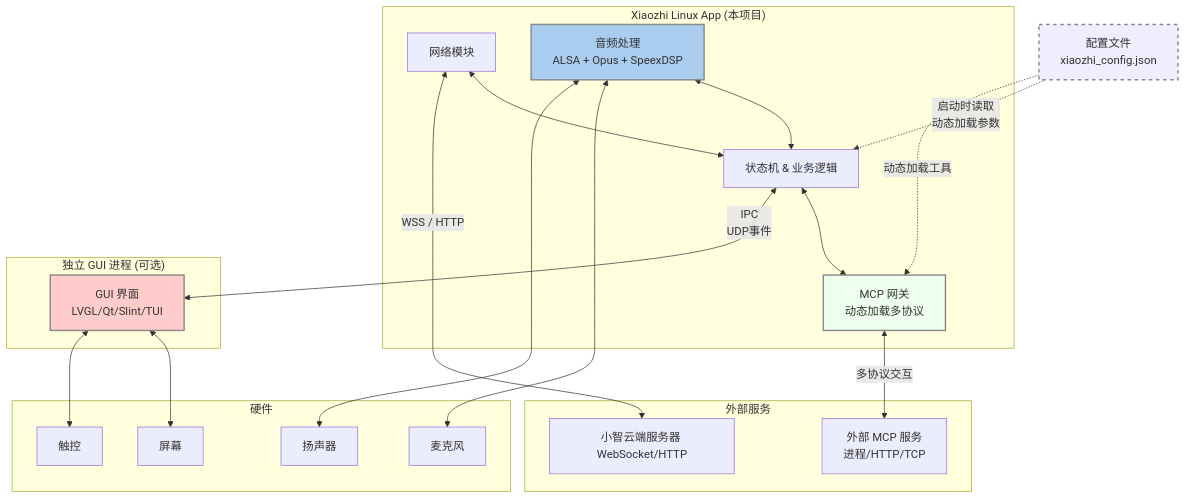
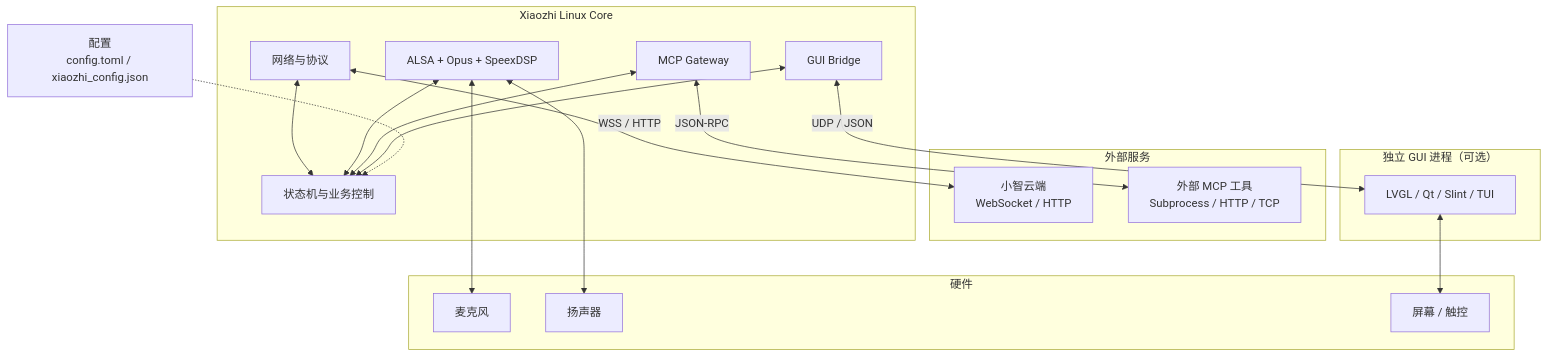
The diagram in README.md (Hyrsoft/xiaozhi_linux_rs), drawn with Mermaid before and after one commit. The commit also changed other lines of this file, not shown here.

````diff
--- a/README.md
+++ b/README.md
@@ -34,47 +50,40 @@
 ```mermaid
 graph TD
-    Config[配置文件<br/>xiaozhi_config.json]
+    Config["配置<br/>config.toml / xiaozhi_config.json"]
 
-    subgraph External [外部服务]
-        Cloud[小智云端服务器 WebSocket/HTTP]
-        MCP_Ext[外部 MCP 服务<br/>进程/HTTP/TCP]
+    subgraph External["外部服务"]
+        Cloud["小智云端<br/>WebSocket / HTTP"]
+        Tools["外部 MCP 工具<br/>Subprocess / HTTP / TCP"]
     end
 
-    subgraph "Xiaozhi Linux App (本项目)"
-        Net[网络模块]
-        Audio[音频处理<br/>ALSA + Opus + SpeexDSP]
-        Logic[状态机 & 业务逻辑]
-        MCP[MCP 网关<br/>动态加载多协议]
-        
-        Net <--> Logic
-        Audio <--> Logic
-        Logic <--> MCP
+    subgraph Core["Xiaozhi Linux Core"]
+        Network["网络与协议"]
+        Controller["状态机与业务控制"]
+        Audio["ALSA + Opus + SpeexDSP"]
+        MCP["MCP Gateway"]
+        IPC["GUI Bridge"]
+
+        Network <--> Controller
+        Audio <--> Controller
+        MCP <--> Controller
+        IPC <--> Controller
     end
 
-    subgraph "独立 GUI 进程 (可选)"
-        GUI[GUI 界面<br/>LVGL/Qt/Slint/TUI]
+    subgraph GUI["独立 GUI 进程（可选）"]
+        View["LVGL / Qt / Slint / TUI"]
     end
 
-    subgraph Hardware [硬件]
-        Mic[麦克风]
-        Speaker[扬声器]
-        Screen[屏幕]
-        Touch[触控]
+    subgraph Hardware["硬件"]
+        Mic["麦克风"]
+        Speaker["扬声器"]
+        Screen["屏幕 / 触控"]
     end
 
-    Config -.->|启动时读取<br/>动态加载参数| Logic
-    Config -.->|动态加载工具| MCP
-
-    Net <-->|WSS / HTTP| Cloud
-    MCP <-->|多协议交互| MCP_Ext
+    Config -.-> Controller
+    Network <-->|"WSS / HTTP"| Cloud
+    MCP <-->|"JSON-RPC"| Tools
     Audio <--> Mic
     Audio <--> Speaker
-    Logic <-->|IPC<br/>UDP事件| GUI
-    GUI <--> Screen
-    GUI <--> Touch
-    
-    style Audio fill:#ace,stroke:#888,stroke-width:2px
-    style GUI fill:#fcc,stroke:#888,stroke-width:2px
-    style Config fill:#eef,stroke:#888,stroke-width:2px,stroke-dasharray: 5 5
-    style MCP fill:#efe,stroke:#888,stroke-width:2px
+    IPC <-->|"UDP / JSON"| View
+    View <--> Screen
 ```
````
